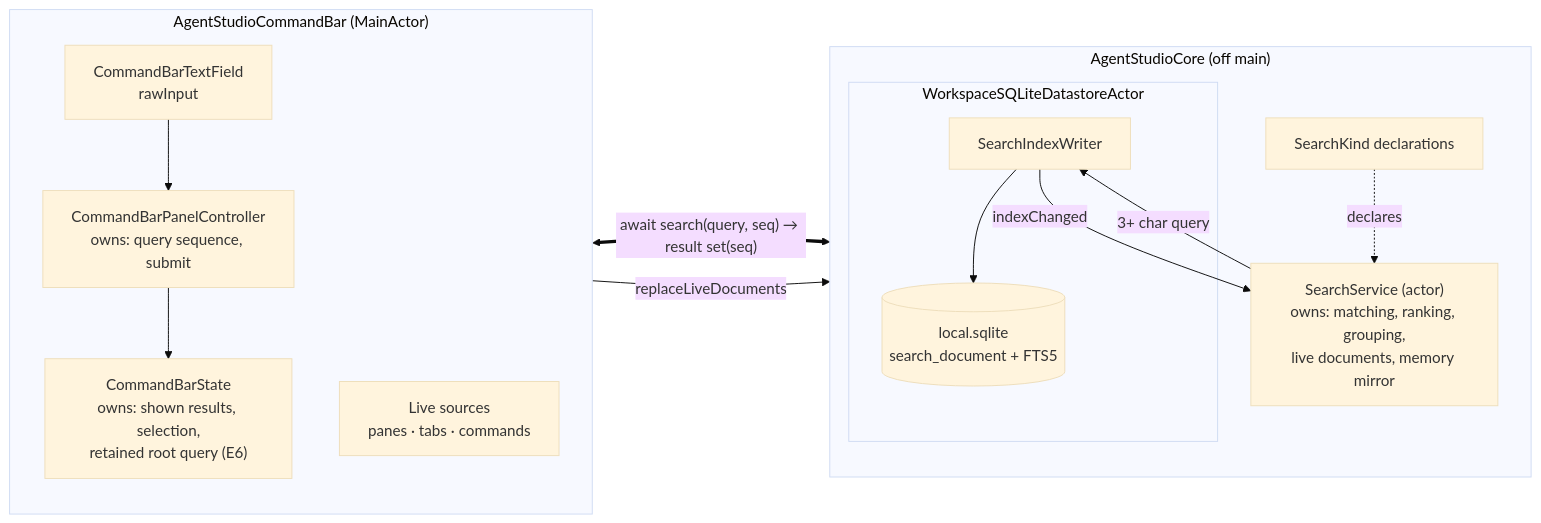
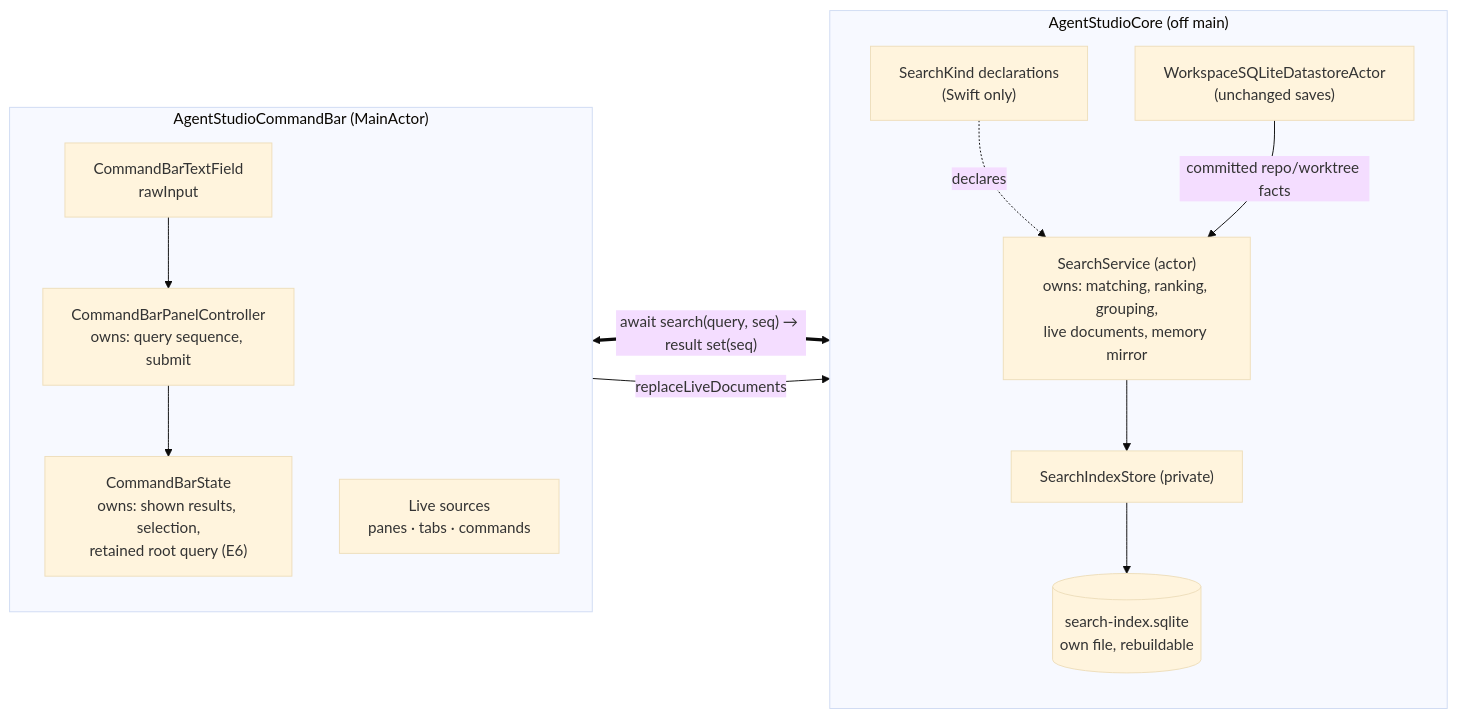
The first of 5 diagrams in docs/specs/2026-09-26-find-search-service/2026-09-26-find-search-service-program-design.md (ShravanSunder/agentstudio), drawn with Mermaid (base theme) before and after one commit. The commit also changed other lines of this file, not shown here.

Commit message:
Keep the Find index in its own rebuildable file with no triggers or enum checks

````diff
--- a/docs/specs/2026-09-26-find-search-service/2026-09-26-find-search-service-program-design.md
+++ b/docs/specs/2026-09-26-find-search-service/2026-09-26-find-search-service-program-design.md
@@ -7,20 +7,17 @@
 ```mermaid
 flowchart LR
   subgraph CB["AgentStudioCommandBar (MainActor)"]
     direction TB
     TF["CommandBarTextField<br/>rawInput"] --> CTRL["CommandBarPanelController<br/>owns: query sequence, submit"]
     CTRL --> ST["CommandBarState<br/>owns: shown results, selection,<br/>retained root query (E6)"]
     LIVE["Live sources<br/>panes · tabs · commands"]
   end
   subgraph CORE["AgentStudioCore (off main)"]
     direction TB
-    KIND["SearchKind declarations"] -.declares.-> SVC["SearchService (actor)<br/>owns: matching, ranking, grouping,<br/>live documents, memory mirror"]
-    subgraph DS["WorkspaceSQLiteDatastoreActor"]
-      IDX["SearchIndexWriter"] --> LOC[("local.sqlite<br/>search_document + FTS5")]
-    end
-    SVC -- "3+ char query" --> IDX
-    IDX -- "indexChanged" --> SVC
+    KIND["SearchKind declarations<br/>(Swift only)"] -.declares.-> SVC["SearchService (actor)<br/>owns: matching, ranking, grouping,<br/>live documents, memory mirror"]
+    SVC --> IDX["SearchIndexStore (private)"] --> LOC[("search-index.sqlite<br/>own file, rebuildable")]
+    DS["WorkspaceSQLiteDatastoreActor<br/>(unchanged saves)"] -- "committed repo/worktree facts" --> SVC
   end
   CTRL <== "await search(query, seq) → result set(seq)" ==> SVC
   LIVE -- "replaceLiveDocuments" --> SVC
 ```
````
